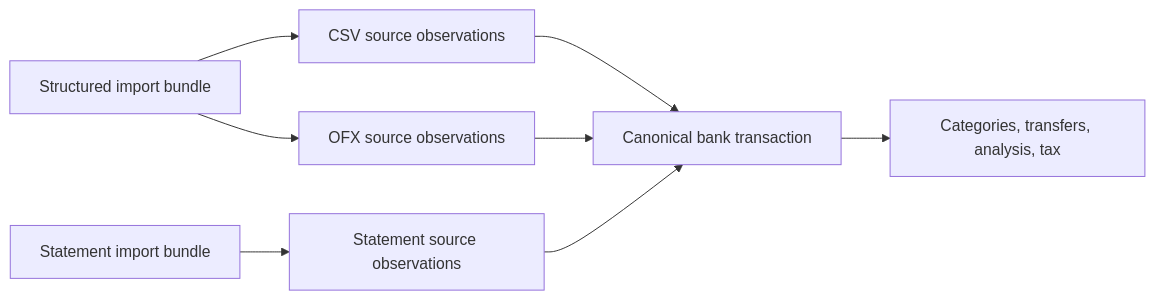
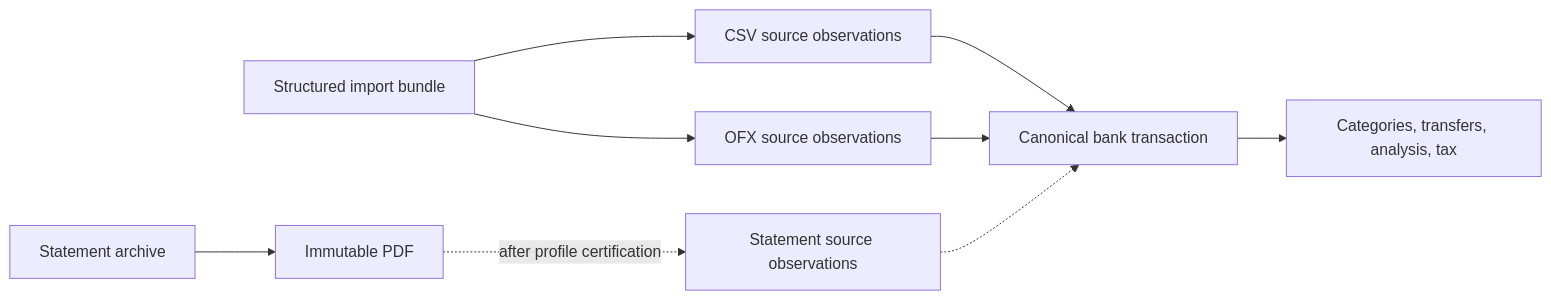
One commit to AdiRishi/ironcage changed the first of 5 diagrams in docs/technical/08-money.mdx. Above: the diagram before and after it, drawn with Mermaid. The commit also changed other lines of this file and 60 other files, not shown here.

````diff
--- a/docs/technical/08-money.mdx
+++ b/docs/technical/08-money.mdx
@@ -36,10 +39,11 @@
 ```mermaid
 flowchart LR
     B1["Structured import bundle"] --> C["CSV source observations"]
     B1 --> O["OFX source observations"]
-    B2["Statement import bundle"] --> S["Statement source observations"]
     C --> T["Canonical bank transaction"]
     O --> T
-    S --> T
+    P["Statement archive"] --> R["Immutable PDF"]
+    R -.->|"after profile certification"| S["Statement source observations"]
+    S -.-> T
     T --> A["Categories, transfers, analysis, tax"]
 ```
````
